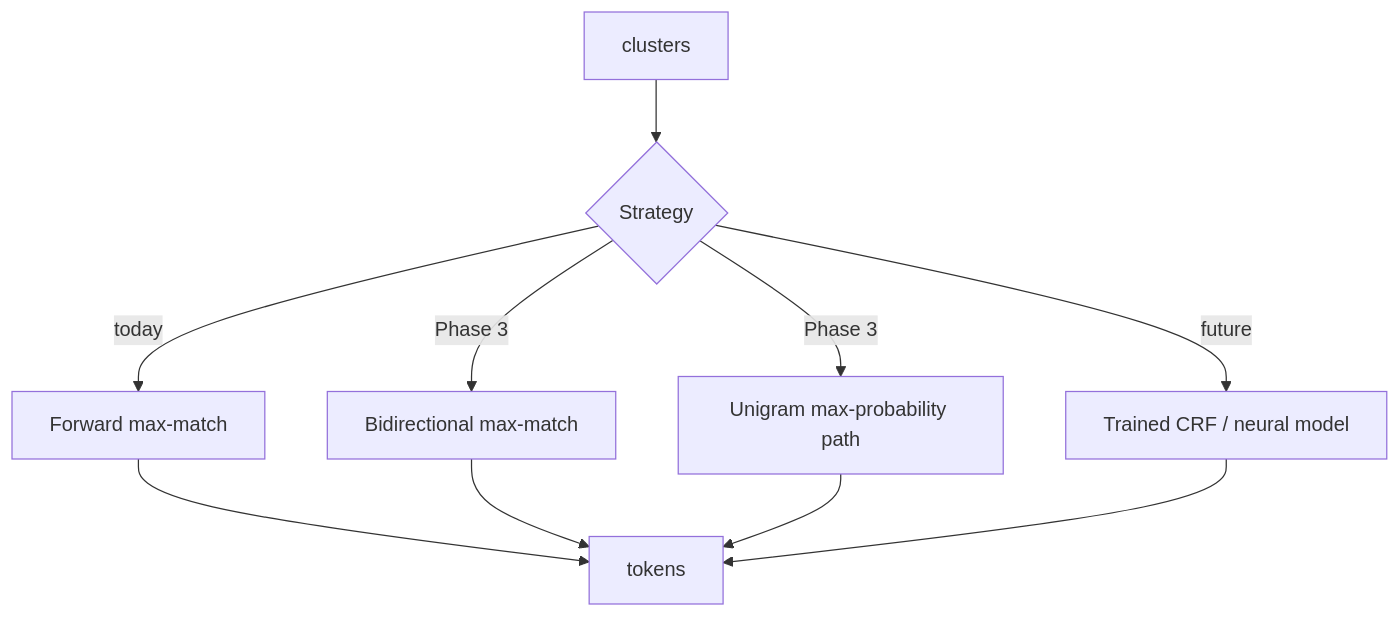
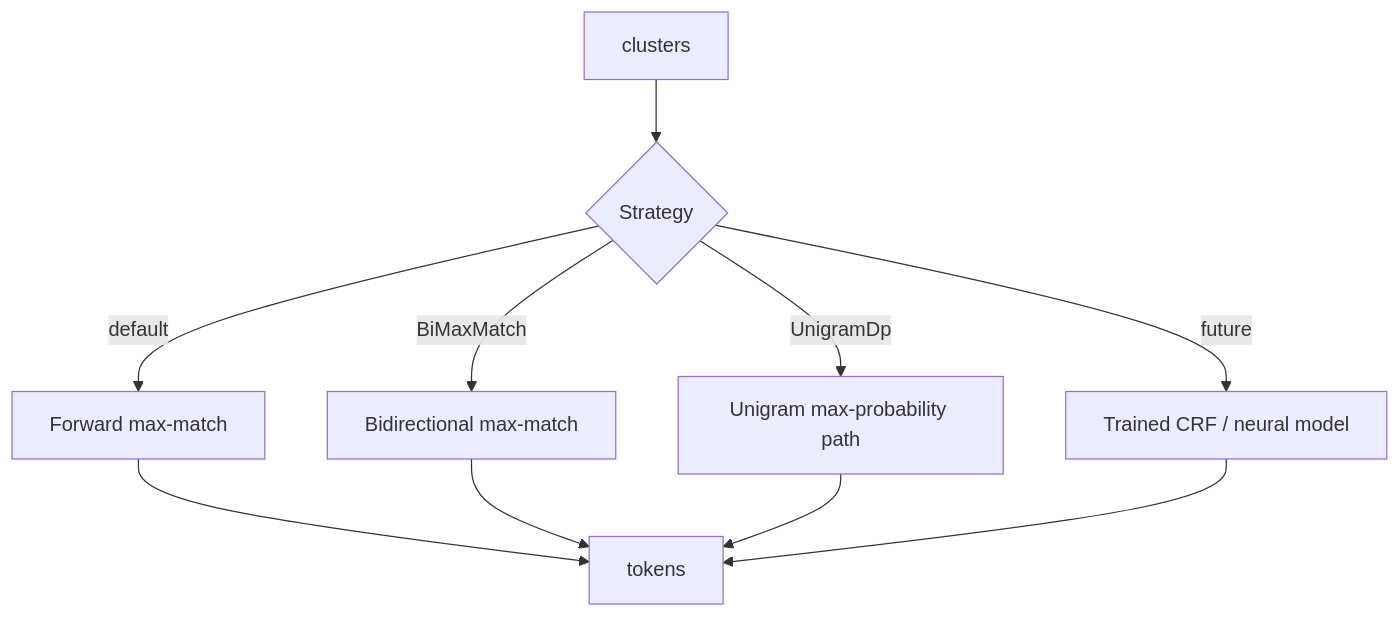
One commit to Alujack/khmer-tokenizer changed the second of 4 diagrams in docs/ARCHITECTURE.md. Above: the diagram before and after it, drawn with Mermaid. The commit also changed other lines of this file and 10 other files, not shown here.

````diff
--- a/docs/ARCHITECTURE.md
+++ b/docs/ARCHITECTURE.md
@@ -63,12 +61,12 @@
 ```mermaid
 flowchart TB
     IN[clusters] --> S{Strategy}
-    S -->|today| FM[Forward max-match]
-    S -->|Phase 3| BM[Bidirectional max-match]
-    S -->|Phase 3| DP[Unigram max-probability path]
+    S -->|default| FM[Forward max-match]
+    S -->|BiMaxMatch| BM[Bidirectional max-match]
+    S -->|UnigramDp| DP[Unigram max-probability path]
     S -->|future| ML[Trained CRF / neural model]
     FM --> OUT[tokens]
     BM --> OUT
     DP --> OUT
     ML --> OUT
 ```
````
